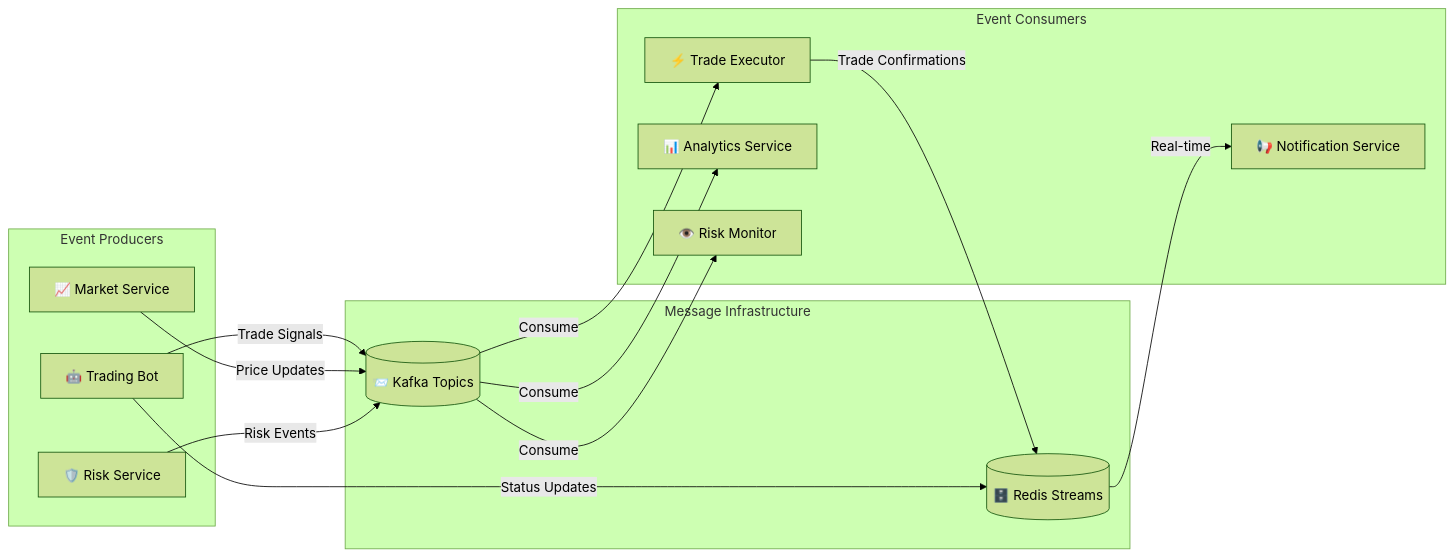
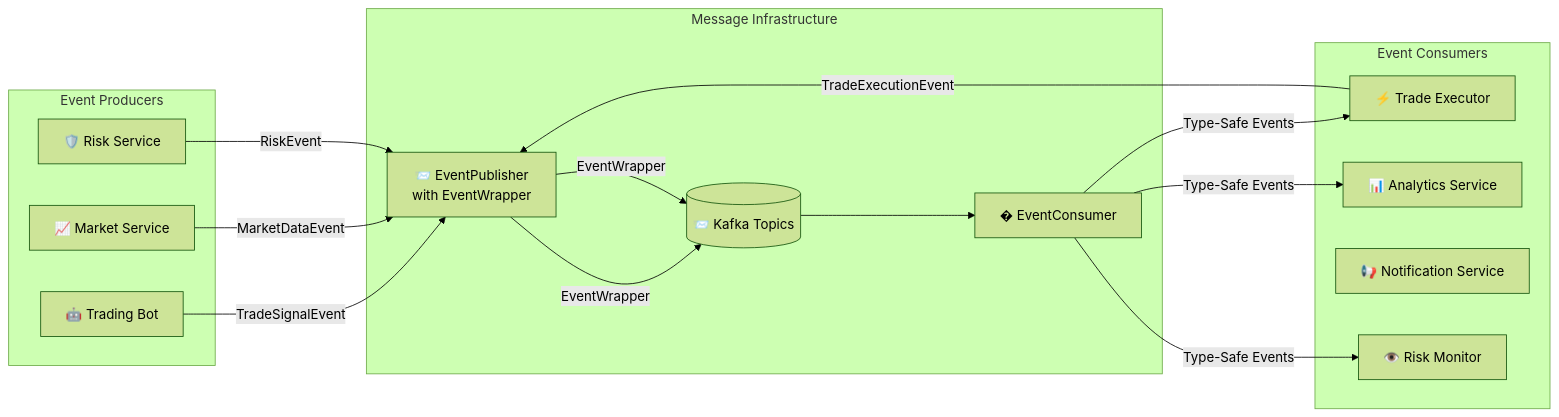
Before and after one commit to lokesh-sid/simple-trading-bot: the fifth of 5 diagrams in docs/ARCHITECTURE.md, drawn with Mermaid (forest theme). The commit also changed other lines of this file and 70 other files, not shown here.

First line of the commit message:
feat: Add Redis cache, Kafka messaging, JWT security, and API gateway

````diff
--- a/docs/ARCHITECTURE.md
+++ b/docs/ARCHITECTURE.md
@@ -707,33 +772,35 @@
 ```mermaid
 graph LR
     subgraph "Event Producers"
         BOT[🤖 Trading Bot]
         MARKET[📈 Market Service]
         RISK[🛡️ Risk Service]
     end
     
     subgraph "Message Infrastructure"
+        PUBLISHER[📨 EventPublisher<br/>with EventWrapper]
         KAFKA[(📨 Kafka Topics)]
-        REDIS_STREAM[(🗄️ Redis Streams)]
+        CONSUMER[� EventConsumer]
     end
     
     subgraph "Event Consumers"
         EXECUTOR[⚡ Trade Executor]
         ANALYTICS[📊 Analytics Service]
         NOTIFIER[📢 Notification Service]
         MONITOR[👁️ Risk Monitor]
     end
     
-    BOT -->|Trade Signals| KAFKA
-    MARKET -->|Price Updates| KAFKA
-    RISK -->|Risk Events| KAFKA
+    BOT -->|TradeSignalEvent| PUBLISHER
+    MARKET -->|MarketDataEvent| PUBLISHER
+    RISK -->|RiskEvent| PUBLISHER
     
-    BOT -->|Status Updates| REDIS_STREAM
-    EXECUTOR -->|Trade Confirmations| REDIS_STREAM
+    PUBLISHER -->|EventWrapper<T>| KAFKA
+    KAFKA --> CONSUMER
     
-    KAFKA -->|Consume| EXECUTOR
-    KAFKA -->|Consume| ANALYTICS
-    KAFKA -->|Consume| MONITOR
+    CONSUMER -->|Type-Safe Events| EXECUTOR
+    CONSUMER -->|Type-Safe Events| ANALYTICS
+    CONSUMER -->|Type-Safe Events| MONITOR
     
-    REDIS_STREAM -->|Real-time| NOTIFIER
+    EXECUTOR -->|TradeExecutionEvent| PUBLISHER
+    PUBLISHER -->|EventWrapper<T>| KAFKA
 ```
````
